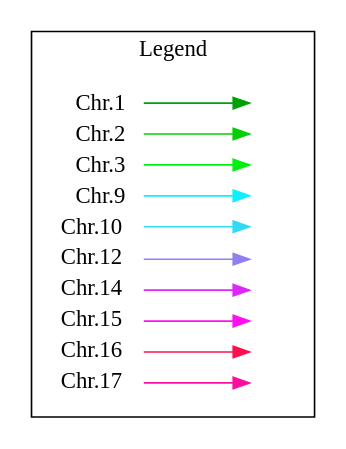
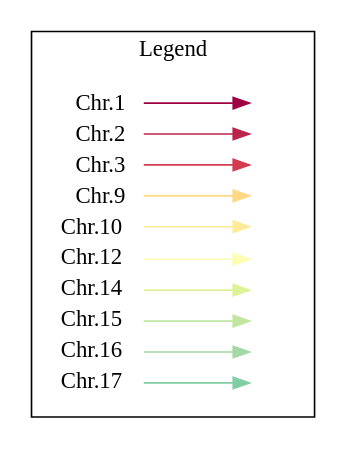
Before and after one commit to VasLem/brain-shape-asymmetry-genetics: the diagram in results/visualizeCCAOnPheno/STAGE00DATA/graphviz/legGraphWoutBC.gv, drawn with Graphviz. The commit also changed 579 other files, not shown here.

```diff
--- a/results/visualizeCCAOnPheno/STAGE00DATA/graphviz/legGraphWoutBC.gv
+++ b/results/visualizeCCAOnPheno/STAGE00DATA/graphviz/legGraphWoutBC.gv
@@ -1,39 +1,39 @@
 digraph {
 rankdir=LR
 node [shape=plaintext]
 subgraph cluster_01 {rank=same; key1, key2 
 label = "Legend";
  key1 [label=<<table border="0" cellpadding="2" cellspacing="0" cellborder="0">[
 <tr><td align="right" port="i1" >Chr.1</td></tr>
 <tr><td align="right" port="i2" >Chr.2</td></tr>
 <tr><td align="right" port="i3" >Chr.3</td></tr>
 <tr><td align="right" port="i9" >Chr.9</td></tr>
 <tr><td align="right" port="i10" >Chr.10</td></tr>
 <tr><td align="right" port="i12" >Chr.12</td></tr>
 <tr><td align="right" port="i14" >Chr.14</td></tr>
 <tr><td align="right" port="i15" >Chr.15</td></tr>
 <tr><td align="right" port="i16" >Chr.16</td></tr>
 <tr><td align="right" port="i17" >Chr.17</td></tr></table>>]
  key2 [label=<<table border="0" cellpadding="2" cellspacing="0" cellborder="0">[
 <tr><td port="i1">&nbsp;</td></tr>
 <tr><td port="i2">&nbsp;</td></tr>
 <tr><td port="i3">&nbsp;</td></tr>
 <tr><td port="i9">&nbsp;</td></tr>
 <tr><td port="i10">&nbsp;</td></tr>
 <tr><td port="i12">&nbsp;</td></tr>
 <tr><td port="i14">&nbsp;</td></tr>
 <tr><td port="i15">&nbsp;</td></tr>
 <tr><td port="i16">&nbsp;</td></tr>
 <tr><td port="i17">&nbsp;</td></tr></table>>]
-key1:i1:e -> key2:i1:w [color="#00A00A"]
-key1:i2:e -> key2:i2:w [color="#00D005"]
-key1:i3:e -> key2:i3:w [color="#00F00F"]
-key1:i9:e -> key2:i9:w [color="#0FF0FF"]
-key1:i10:e -> key2:i10:w [color="#2FDBF5"]
-key1:i12:e -> key2:i12:w [color="#8F80F0"]
-key1:i14:e -> key2:i14:w [color="#DF25FB"]
-key1:i15:e -> key2:i15:w [color="#FF0FF0"]
-key1:i16:e -> key2:i16:w [color="#FD0F50"]
-key1:i17:e -> key2:i17:w [color="#FA0FA0"]
+key1:i1:e -> key2:i1:w [color="#9E0142"]
+key1:i2:e -> key2:i2:w [color="#BA254B"]
+key1:i3:e -> key2:i3:w [color="#D33C4F"]
+key1:i9:e -> key2:i9:w [color="#FED883"]
+key1:i10:e -> key2:i10:w [color="#FFEA98"]
+key1:i12:e -> key2:i12:w [color="#FCFEB1"]
+key1:i14:e -> key2:i14:w [color="#DEF297"]
+key1:i15:e -> key2:i15:w [color="#C1E69F"]
+key1:i16:e -> key2:i16:w [color="#A2D9A5"]
+key1:i17:e -> key2:i17:w [color="#82CEA4"]
 }
 }
```
